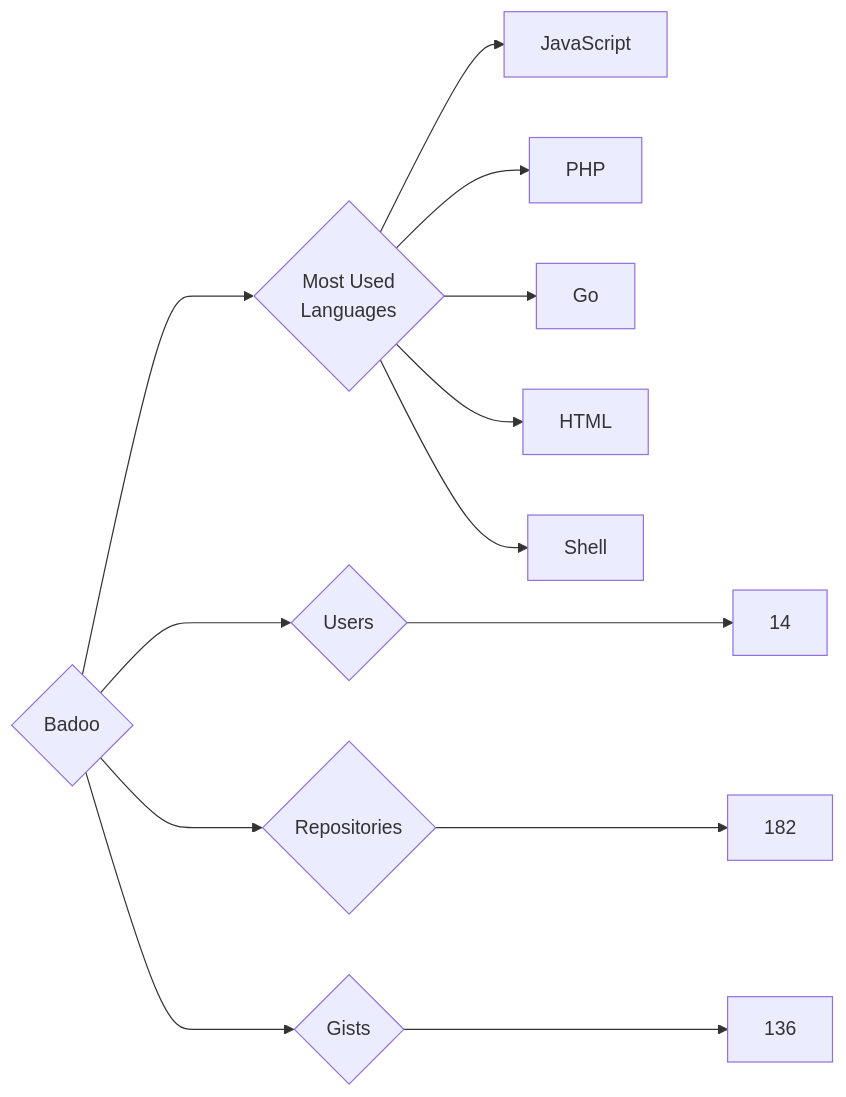
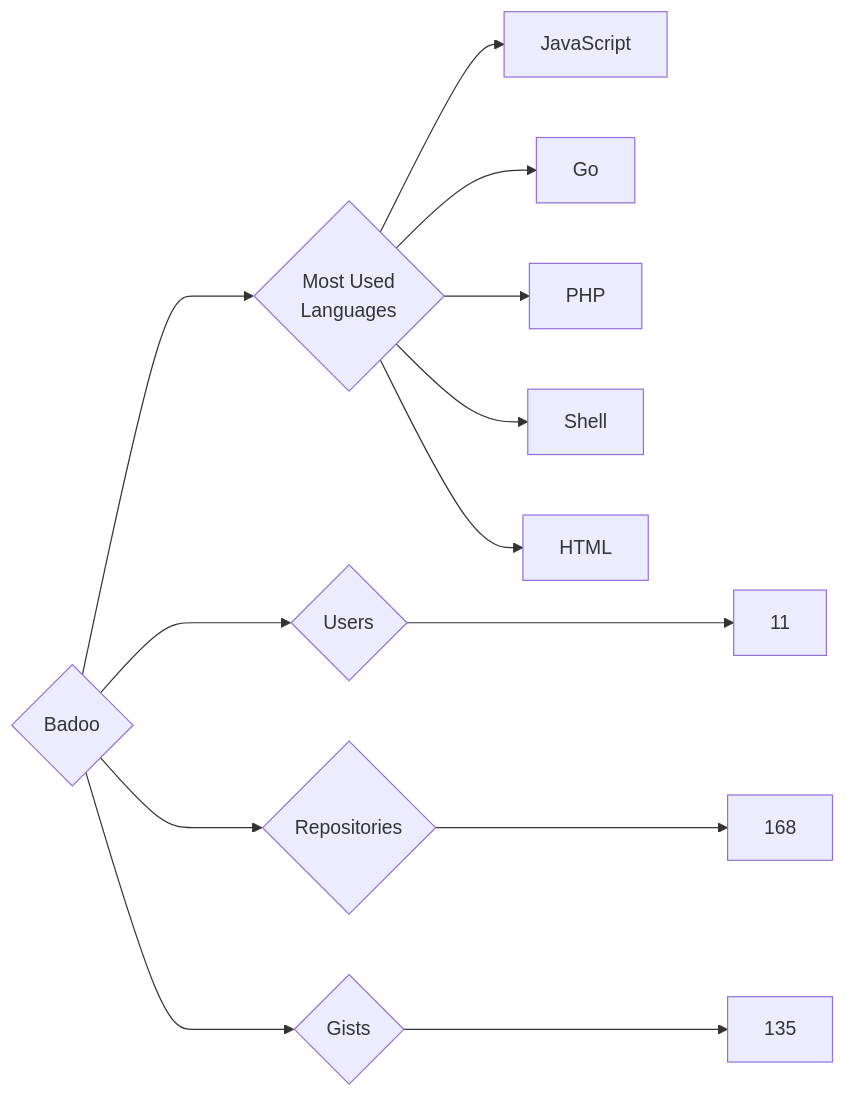
One commit to trickest/insiders changed the diagram in targets/Badoo/README.md. Above: the diagram before and after it, drawn with Mermaid. The commit also changed 891 other files, not shown here.

````diff
--- a/targets/Badoo/README.md
+++ b/targets/Badoo/README.md
@@ -3,13 +3,13 @@
 ```mermaid
 graph LR
 COMPANY_NAME{Badoo}
-COMPANY_NAME ---> U{Users} ---> UN[14]
-COMPANY_NAME ---> R{Repositories} ---> RN[182]
-COMPANY_NAME ---> G{Gists} ---> GN[136]
+COMPANY_NAME ---> U{Users} ---> UN[11]
+COMPANY_NAME ---> R{Repositories} ---> RN[168]
+COMPANY_NAME ---> G{Gists} ---> GN[135]
 COMPANY_NAME ---> ML{Most Used<br>Languages}
 ML --> JavaScript[JavaScript]
+ML --> Go[Go]
 ML --> PHP[PHP]
-ML --> Go[Go]
+ML --> Shell[Shell]
 ML --> HTML[HTML]
-ML --> Shell[Shell]
 ```
````
